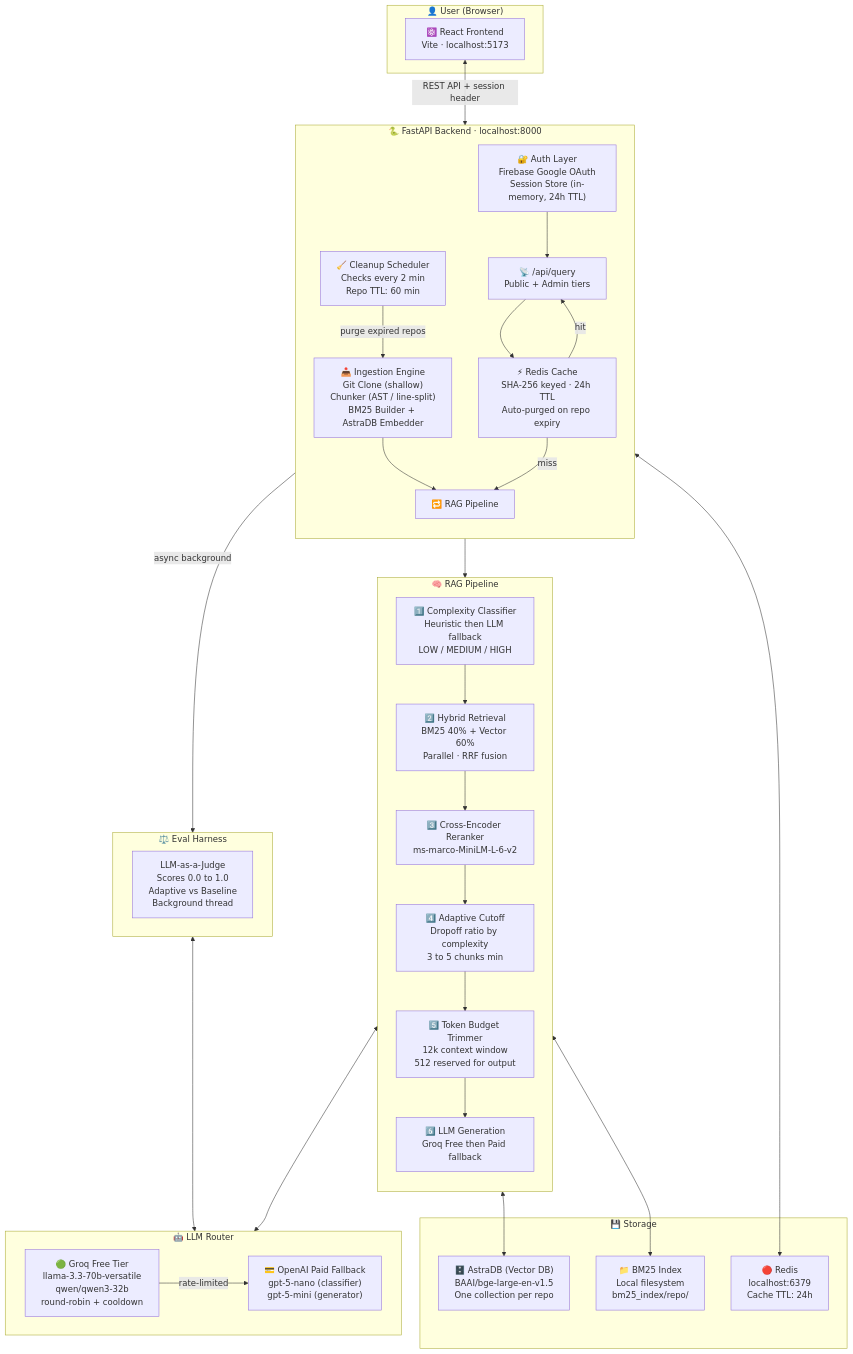
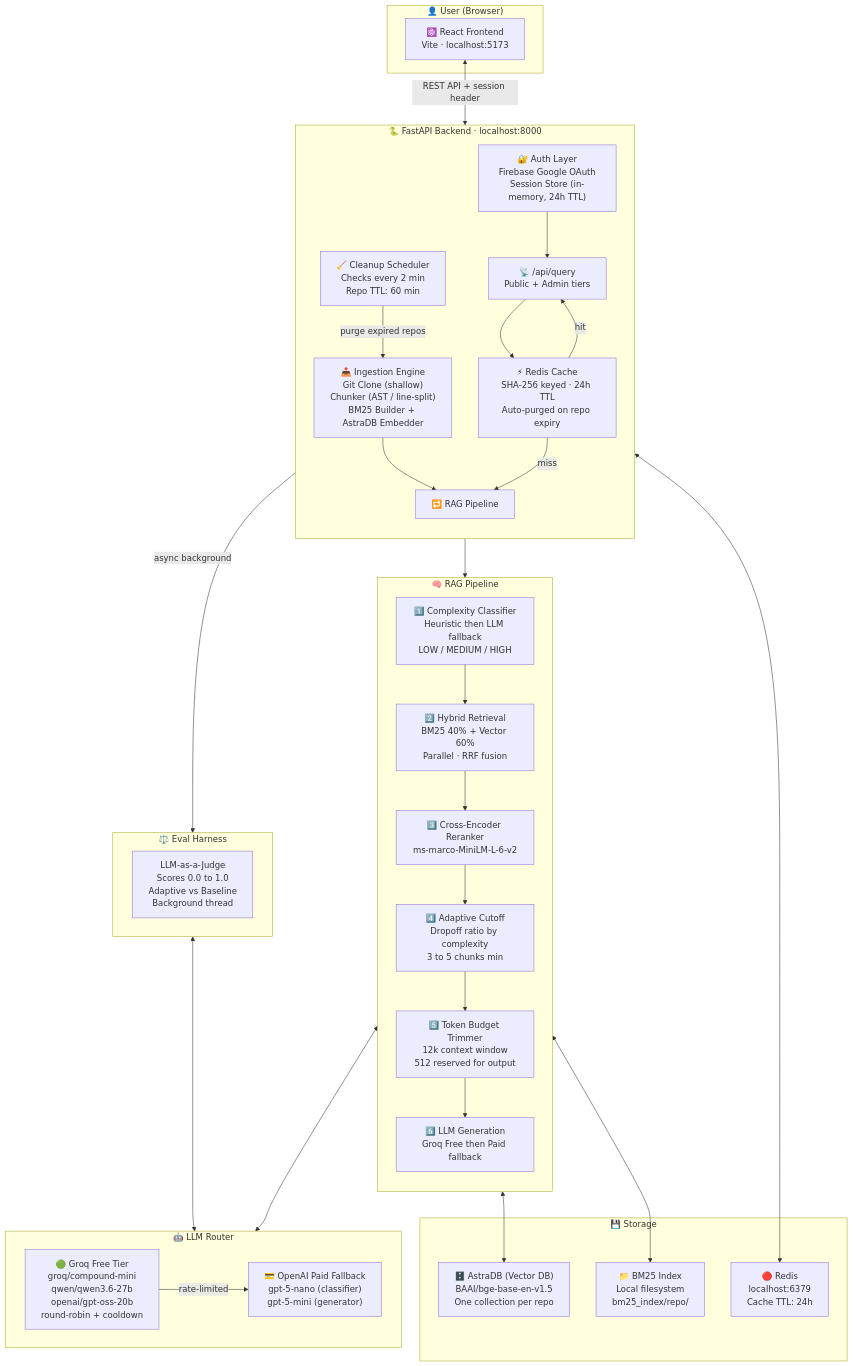
The diagram in README.md (shreeragkh/Repo-context-copilot), drawn with Mermaid before and after one commit. The commit also changed other lines of this file, not shown here.

````diff
--- a/README.md
+++ b/README.md
@@ -23,58 +23,58 @@
 ```mermaid
 flowchart TD
     subgraph USER["👤 User (Browser)"]
         FE["⚛️ React Frontend\nVite · localhost:5173"]
     end
 
     subgraph BACKEND["🐍 FastAPI Backend · localhost:8000"]
         direction TB
         AUTH["🔐 Auth Layer\nFirebase Google OAuth\nSession Store (in-memory, 24h TTL)"]
         INGEST["📥 Ingestion Engine\nGit Clone (shallow)\nChunker (AST / line-split)\nBM25 Builder + AstraDB Embedder"]
         QUERY_EP["📡 /api/query\nPublic + Admin tiers"]
         CACHE["⚡ Redis Cache\nSHA-256 keyed · 24h TTL\nAuto-purged on repo expiry"]
         PIPELINE["🔁 RAG Pipeline"]
         CLEANUP["🧹 Cleanup Scheduler\nChecks every 2 min\nRepo TTL: 60 min"]
 
         AUTH --> QUERY_EP
         INGEST --> PIPELINE
         QUERY_EP --> CACHE
         CACHE -->|miss| PIPELINE
         CACHE -->|hit| QUERY_EP
         CLEANUP -->|purge expired repos| INGEST
     end
 
     subgraph RAG["🧠 RAG Pipeline"]
         direction TB
         CLS["1️⃣ Complexity Classifier\nHeuristic then LLM fallback\nLOW / MEDIUM / HIGH"]
         HYB["2️⃣ Hybrid Retrieval\nBM25 40% + Vector 60%\nParallel · RRF fusion"]
         RERANK["3️⃣ Cross-Encoder Reranker\nms-marco-MiniLM-L-6-v2"]
         ADAPT["4️⃣ Adaptive Cutoff\nDropoff ratio by complexity\n3 to 5 chunks min"]
         TOK["5️⃣ Token Budget Trimmer\n12k context window\n512 reserved for output"]
         GEN["6️⃣ LLM Generation\nGroq Free then Paid fallback"]
     end
 
     subgraph STORAGE["💾 Storage"]
-        ASTRA["🗄️ AstraDB (Vector DB)\nBAAI/bge-large-en-v1.5\nOne collection per repo"]
+        ASTRA["🗄️ AstraDB (Vector DB)\nBAAI/bge-base-en-v1.5\nOne collection per repo"]
         BM25S["📁 BM25 Index\nLocal filesystem\nbm25_index/repo/"]
         REDIS["🔴 Redis\nlocalhost:6379\nCache TTL: 24h"]
     end
 
     subgraph LLM["🤖 LLM Router"]
-        GROQ["🟢 Groq Free Tier\nllama-3.3-70b-versatile\nqwen/qwen3-32b\nround-robin + cooldown"]
+        GROQ["🟢 Groq Free Tier\ngroq/compound-mini\nqwen/qwen3.6-27b\nopenai/gpt-oss-20b\nround-robin + cooldown"]
         OAI["💳 OpenAI Paid Fallback\ngpt-5-nano (classifier)\ngpt-5-mini (generator)"]
         GROQ -->|rate-limited| OAI
     end
 
     subgraph EVAL["⚖️ Eval Harness"]
         JUDGE["LLM-as-a-Judge\nScores 0.0 to 1.0\nAdaptive vs Baseline\nBackground thread"]
     end
 
     FE <-->|REST API + session header| BACKEND
     PIPELINE --> CLS --> HYB --> RERANK --> ADAPT --> TOK --> GEN
     HYB <--> ASTRA
     HYB <--> BM25S
     CACHE <--> REDIS
     GEN <--> LLM
     QUERY_EP -->|async background| EVAL
     EVAL <--> LLM
 ```
````
